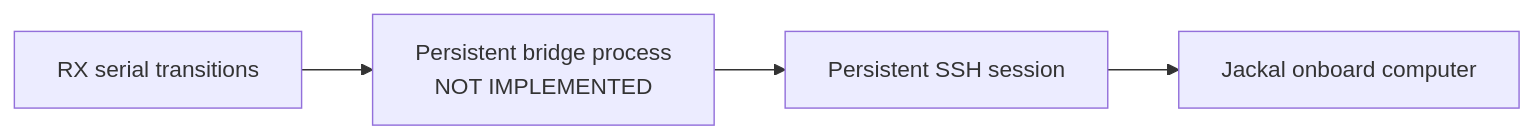
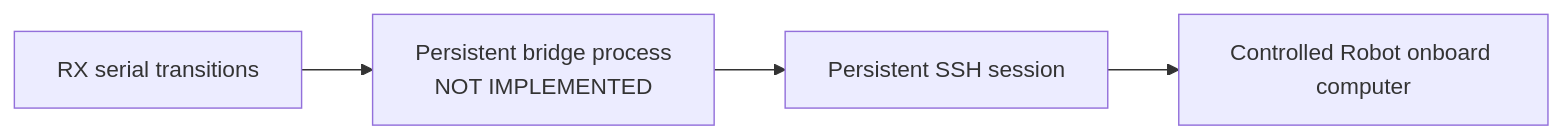
One commit to kirolossedra/RIS-Robotics changed diagram 13 of 21 in system/architecture.md. Above: the diagram before and after it, drawn with Mermaid. The commit also changed other lines of this file and 7 other files, not shown here.

````diff
--- a/system/architecture.md
+++ b/system/architecture.md
@@ -382,9 +397,9 @@
 ```mermaid
 flowchart LR
     SERIAL[RX serial transitions]
     BRIDGE[Persistent bridge process<br/>NOT IMPLEMENTED]
     SSH[Persistent SSH session]
-    ROBOT[Jackal onboard computer]
+    ROBOT[Controlled Robot onboard computer]
 
     SERIAL --> BRIDGE --> SSH --> ROBOT
 ```
````
